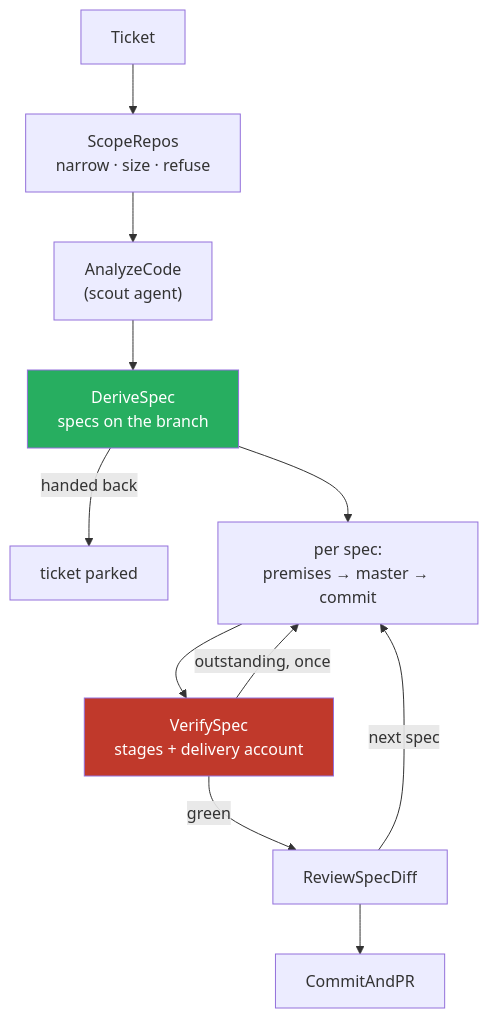
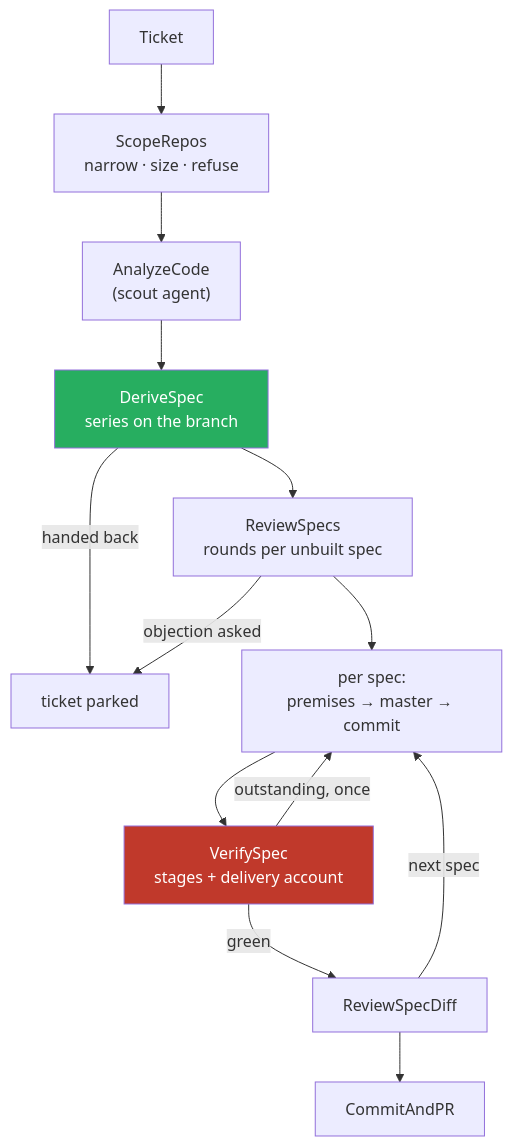
Before and after one commit to holgerleichsenring/agent-smith: the diagram in docs/reference/pipelines/fix-and-feature.md, drawn with Mermaid. The commit also changed other lines of this file and 43 other files, not shown here.

````diff
--- a/docs/reference/pipelines/fix-and-feature.md
+++ b/docs/reference/pipelines/fix-and-feature.md
@@ -49,16 +50,18 @@
 ```mermaid
 graph TD
     Ticket --> Scope["ScopeRepos<br/>narrow · size · refuse"]
     Scope --> Analyze["AnalyzeCode<br/>(scout agent)"]
-    Analyze --> Derive["DeriveSpec<br/>specs on the branch"]
+    Analyze --> Derive["DeriveSpec<br/>series on the branch"]
     Derive -->|handed back| Park[ticket parked]
-    Derive --> Spec["per spec:<br/>premises → master → commit"]
+    Derive --> Review["ReviewSpecs<br/>rounds per unbuilt spec"]
+    Review -->|objection asked| Park
+    Review --> Spec["per spec:<br/>premises → master → commit"]
     Spec --> Verify["VerifySpec<br/>stages + delivery account"]
     Verify -->|outstanding, once| Spec
-    Verify -->|green| Review[ReviewSpecDiff]
-    Review -->|next spec| Spec
-    Review --> PR[CommitAndPR]
+    Verify -->|green| DiffReview[ReviewSpecDiff]
+    DiffReview -->|next spec| Spec
+    DiffReview --> PR[CommitAndPR]
 
     style Derive fill:#27ae60,color:#fff
     style Verify fill:#c0392b,color:#fff
 ```
````
